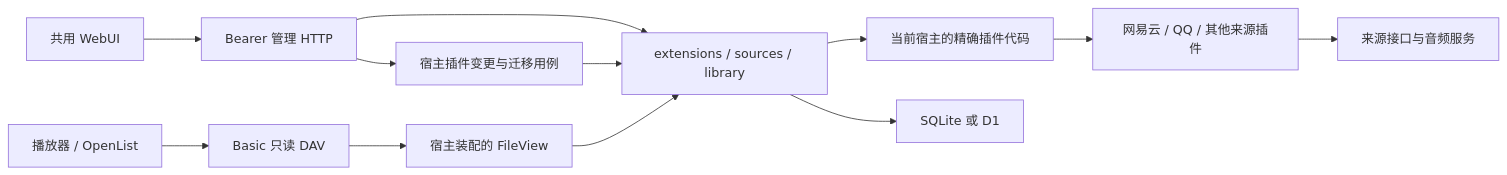
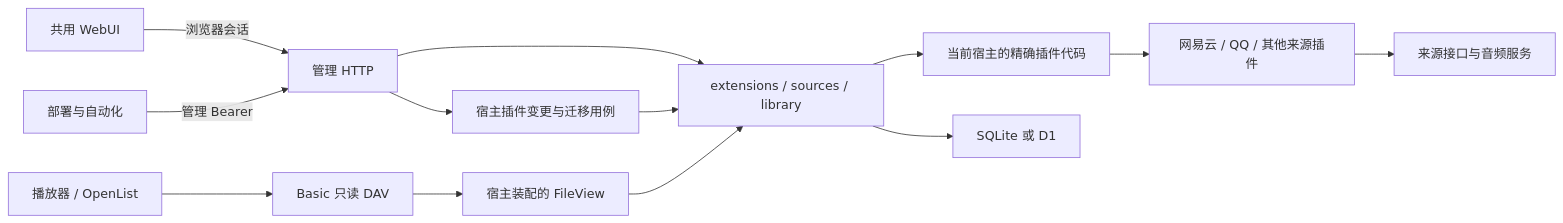
Before and after one commit to shengyusi-SYS/musicfs: the first of 13 diagrams in docs/architecture/diagrams.md, drawn with Mermaid. The commit also changed other lines of this file and 8 other files, not shown here.

````diff
--- a/docs/architecture/diagrams.md
+++ b/docs/architecture/diagrams.md
@@ -9,14 +9,15 @@
 ```mermaid
 flowchart LR
-  UI[共用 WebUI] --> HTTP[Bearer 管理 HTTP]
+  UI[共用 WebUI] -->|浏览器会话| HTTP[管理 HTTP]
+  Scripts[部署与自动化] -->|管理 Bearer| HTTP
   HTTP --> Change[宿主插件变更与迁移用例]
   HTTP --> Core[extensions / sources / library]
   Change --> Core
   Core --> Runtime[当前宿主的精确插件代码]
   Runtime --> Plugins[网易云 / QQ / 其他来源插件]
   Plugins --> Upstream[来源接口与音频服务]
   Reader[播放器 / OpenList] --> DAV[Basic 只读 DAV]
   DAV --> Files[宿主装配的 FileView]
   Files --> Core
   Core --> Store[SQLite 或 D1]
 ```
````
